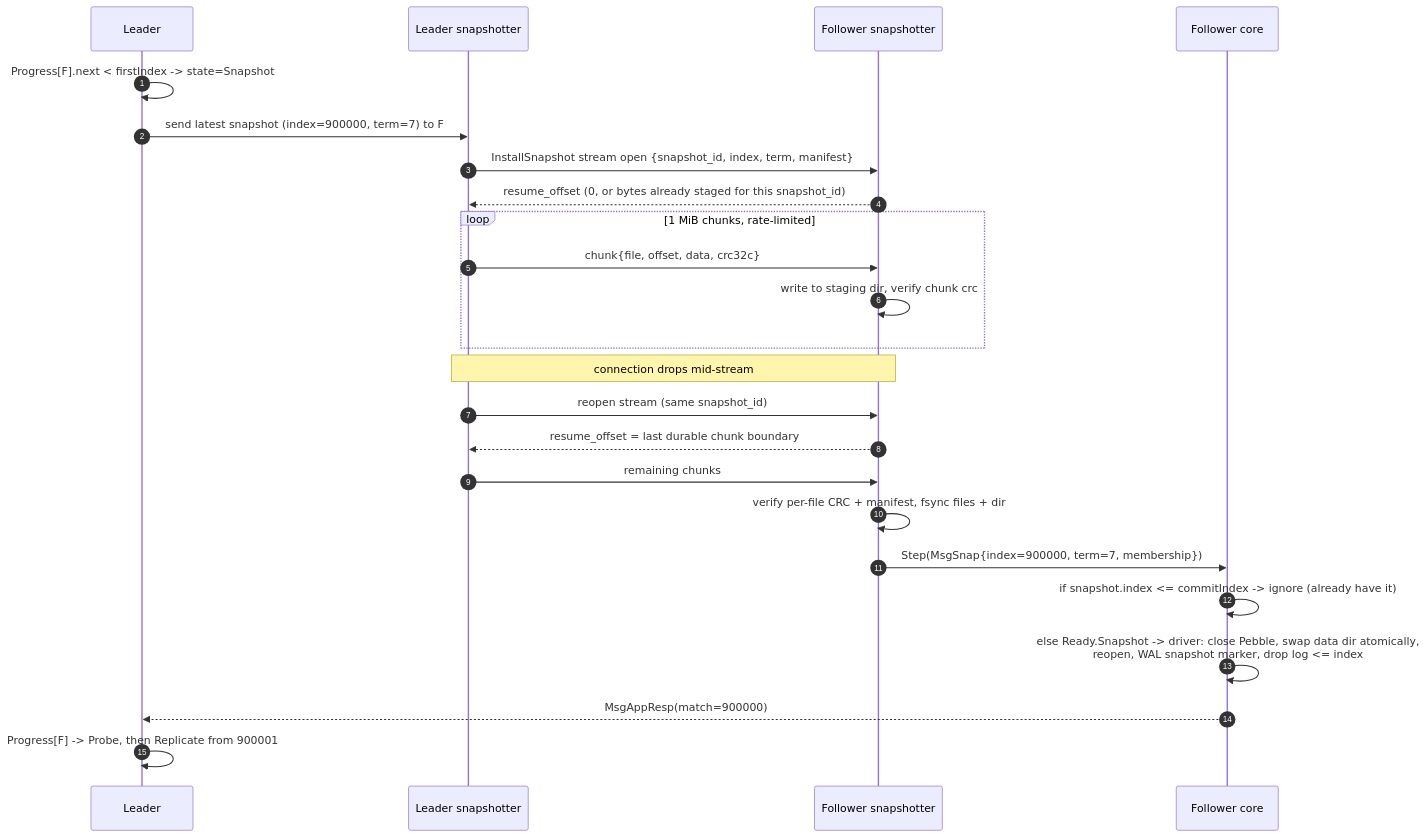
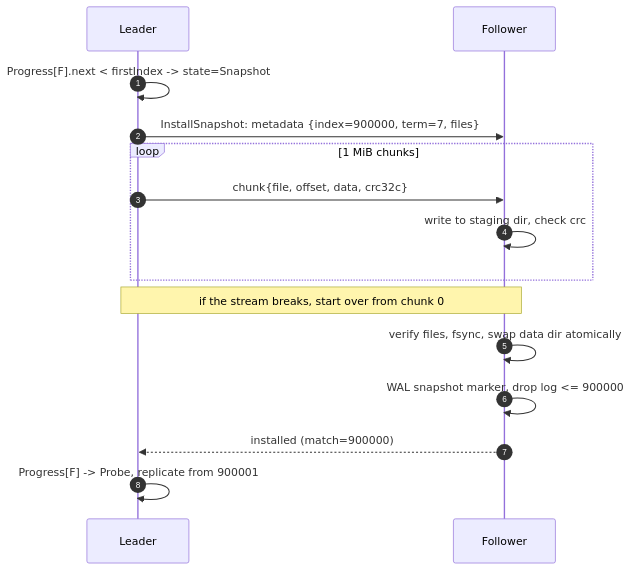
The fourth of 5 diagrams in docs/system-design.md (bibekgupta3333/raftkv-distributed-store), drawn with Mermaid before and after one commit. The commit also changed other lines of this file and 3 other files, not shown here.

First line of the commit message:
docs: simplify architecture, system, API and storage design

````diff
--- a/docs/system-design.md
+++ b/docs/system-design.md
@@ -294,27 +246,18 @@
 ```mermaid
 sequenceDiagram
     autonumber
     participant L as Leader
-    participant LS as Leader snapshotter
-    participant FS as Follower snapshotter
-    participant F as Follower core
+    participant F as Follower
 
     L->>L: Progress[F].next < firstIndex -> state=Snapshot
-    L->>LS: send latest snapshot (index=900000, term=7) to F
-    LS->>FS: InstallSnapshot stream open {snapshot_id, index, term, manifest}
-    FS-->>LS: resume_offset (0, or bytes already staged for this snapshot_id)
-    loop 1 MiB chunks, rate-limited
-        LS->>FS: chunk{file, offset, data, crc32c}
-        FS->>FS: write to staging dir, verify chunk crc
+    L->>F: InstallSnapshot: metadata {index=900000, term=7, files}
+    loop 1 MiB chunks
+        L->>F: chunk{file, offset, data, crc32c}
+        F->>F: write to staging dir, check crc
     end
-    Note over LS,FS: connection drops mid-stream
-    LS->>FS: reopen stream (same snapshot_id)
-    FS-->>LS: resume_offset = last durable chunk boundary
-    LS->>FS: remaining chunks
-    FS->>FS: verify per-file CRC + manifest, fsync files + dir
-    FS->>F: Step(MsgSnap{index=900000, term=7, membership})
-    F->>F: if snapshot.index <= commitIndex -> ignore (already have it)
-    F->>F: else Ready.Snapshot -> driver: close Pebble, swap data dir atomically,<br/>reopen, WAL snapshot marker, drop log <= index
-    F-->>L: MsgAppResp(match=900000)
-    L->>L: Progress[F] -> Probe, then Replicate from 900001
+    Note over L,F: if the stream breaks, start over from chunk 0
+    F->>F: verify files, fsync, swap data dir atomically
+    F->>F: WAL snapshot marker, drop log <= 900000
+    F-->>L: installed (match=900000)
+    L->>L: Progress[F] -> Probe, replicate from 900001
 ```
````
